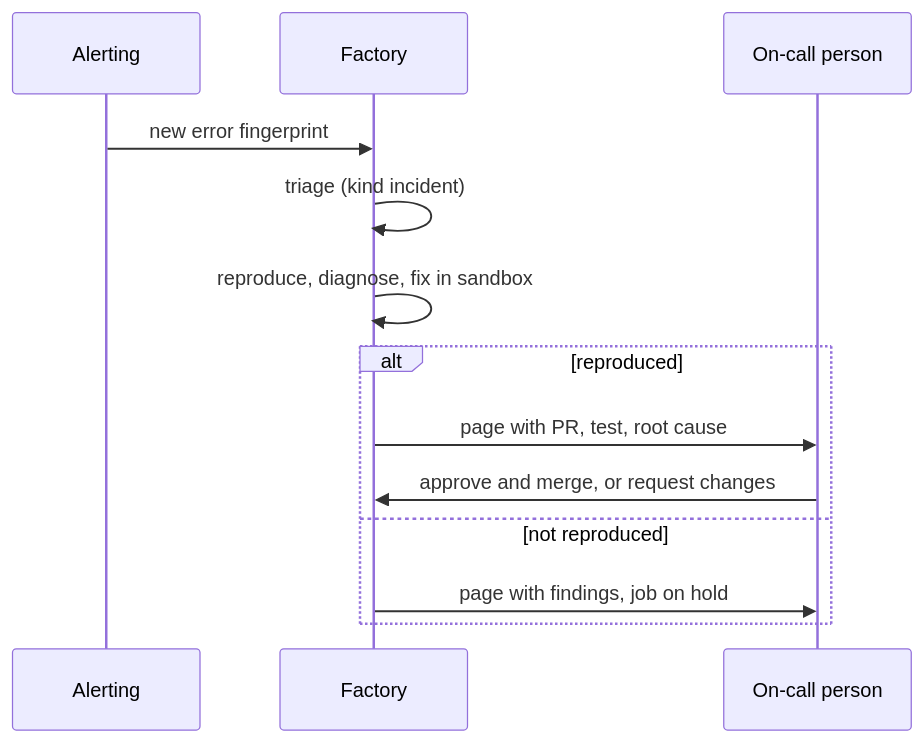
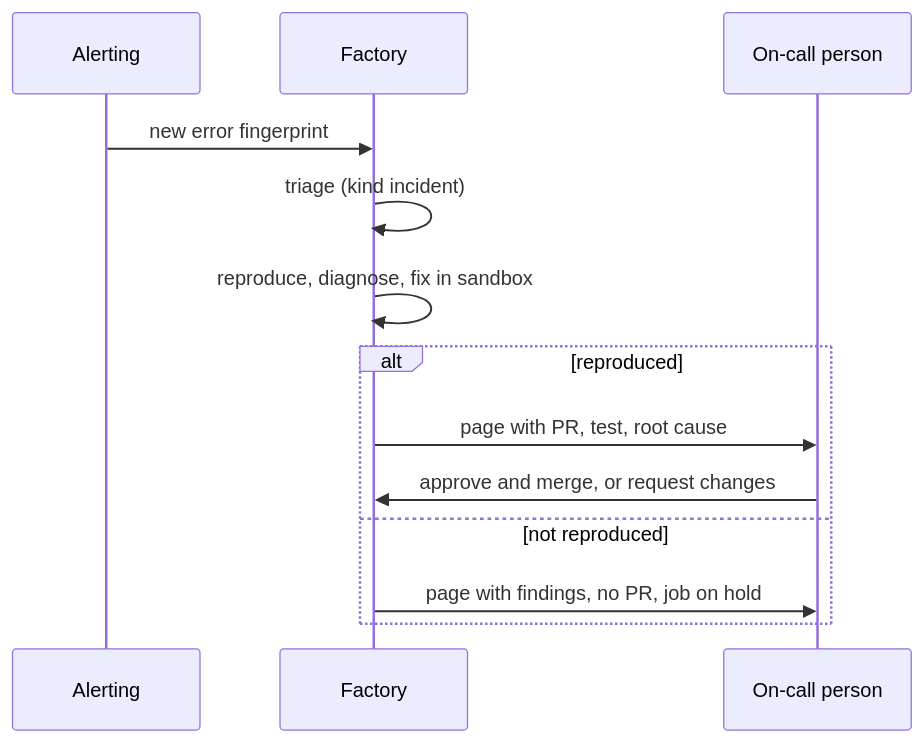
Before and after one commit to icelink-ai/software-factory-manifesto: the diagram in docs/06-merge-policy/incidents.md, drawn with Mermaid. The commit also changed 3 other files, not shown here.

````diff
--- a/docs/06-merge-policy/incidents.md
+++ b/docs/06-merge-policy/incidents.md
@@ -28,15 +28,15 @@
 ```mermaid
 sequenceDiagram
     participant AL as Alerting
     participant F as Factory
     participant OC as On-call person
     AL->>F: new error fingerprint
     F->>F: triage (kind incident)
     F->>F: reproduce, diagnose, fix in sandbox
     alt reproduced
         F->>OC: page with PR, test, root cause
         OC->>F: approve and merge, or request changes
     else not reproduced
-        F->>OC: page with findings, job on hold
+        F->>OC: page with findings, no PR, job on hold
     end
 ```
````
